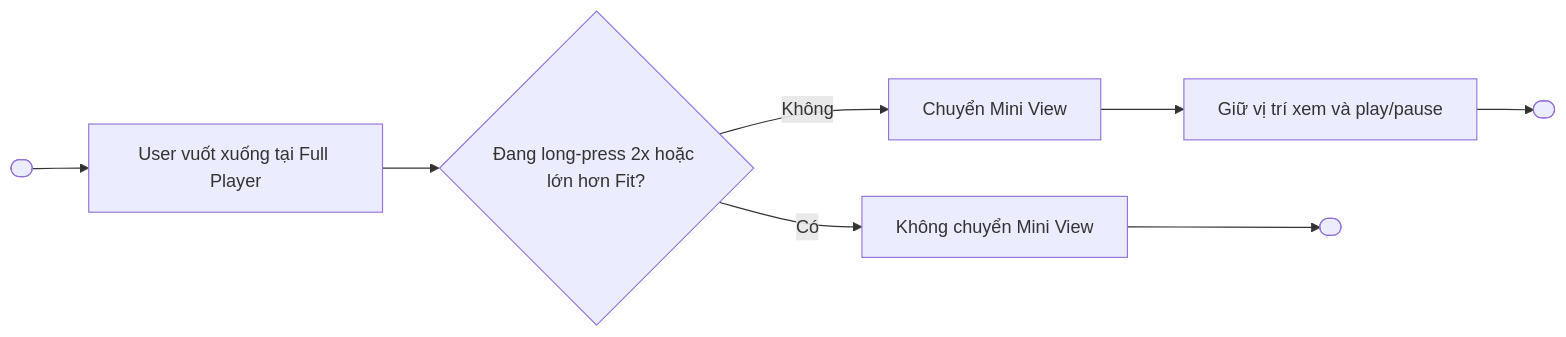
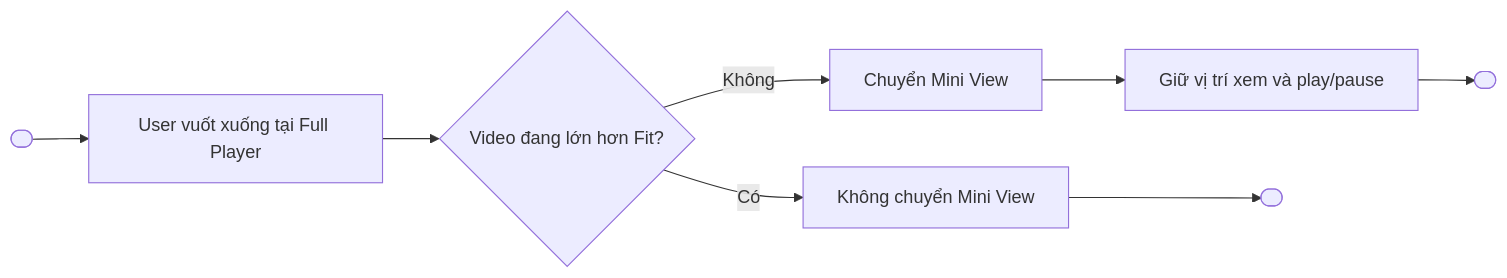
The seventh of 9 diagrams in features/final-docs/Video-Player/Gesture-Video-Player/product/Gesture-Video-Player-Spec.md (duongdang1136/FPTPLay), drawn with Mermaid before and after one commit. The commit also changed other lines of this file, not shown here.

Commit message:
docs: revise Gesture Video Player interactions

````diff
--- a/features/final-docs/Video-Player/Gesture-Video-Player/product/Gesture-Video-Player-Spec.md
+++ b/features/final-docs/Video-Player/Gesture-Video-Player/product/Gesture-Video-Player-Spec.md
@@ -472,10 +433,10 @@
 ```mermaid
 flowchart LR
  Start([" "]) --> A["User vuốt xuống tại Full Player"]
- A --> B{"Đang long-press 2x hoặc lớn hơn Fit?"}
+ A --> B{"Video đang lớn hơn Fit?"}
  B -- Có --> C["Không chuyển Mini View"]
  B -- Không --> D["Chuyển Mini View"]
  D --> E["Giữ vị trí xem và play/pause"]
  C --> End1([" "])
  E --> End2([" "])
 ```
````
